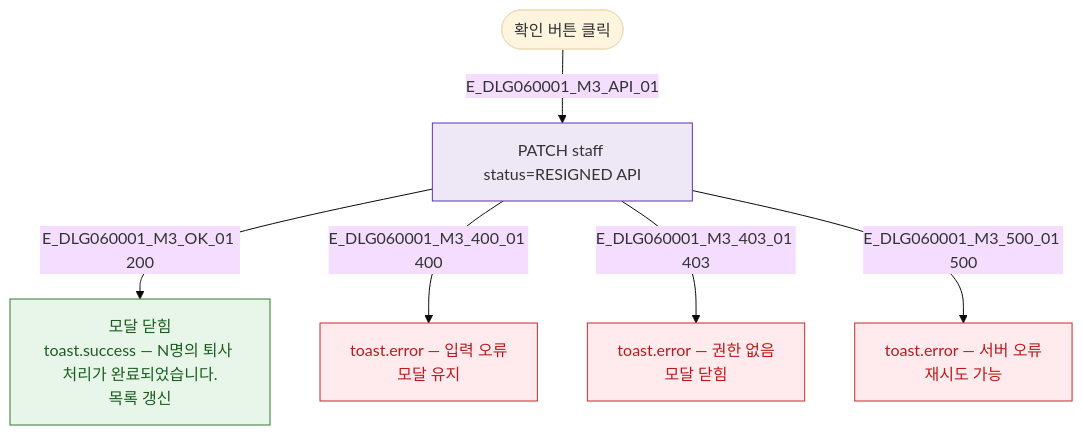
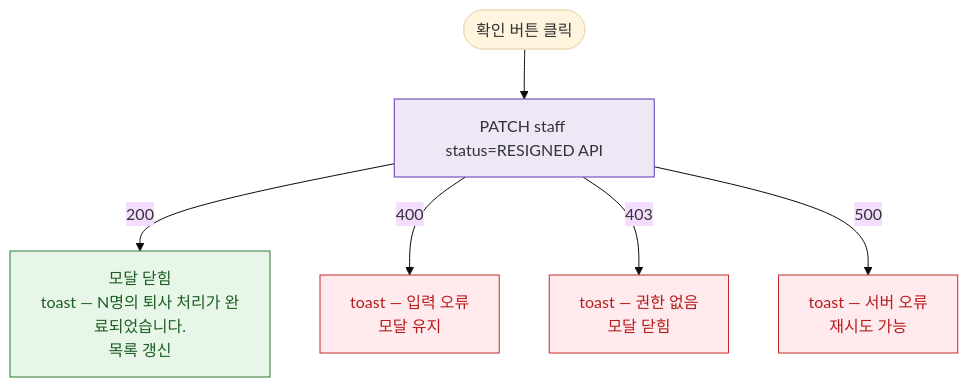
Before and after one commit to dev-spogym/admin-pando: the diagram in docs/다이어그램/D07_직원관리/DLG/DLG-060-001/M3_결과분기.md, drawn with Mermaid (base theme). The commit also changed other lines of this file and 1660 other files, not shown here.

First line of the commit message:
다이어그램: 기획자/클라이언트 납품본으로 정리

````diff
--- a/docs/다이어그램/D07_직원관리/DLG/DLG-060-001/M3_결과분기.md
+++ b/docs/다이어그램/D07_직원관리/DLG/DLG-060-001/M3_결과분기.md
@@ -14,18 +12,18 @@
 ```mermaid
 flowchart TD
   SUBMIT([확인 버튼 클릭])
-  SUBMIT -->|E_DLG060001_M3_API_01| API[PATCH staff status=RESIGNED API]
+  SUBMIT --> API[PATCH staff status=RESIGNED API]
 
-  API -->|E_DLG060001_M3_OK_01 200| SUCCESS[모달 닫힘\ntoast.success — N명의 퇴사 처리가 완료되었습니다.\n목록 갱신]
-  API -->|E_DLG060001_M3_400_01 400| ERR_400[toast.error — 입력 오류\n모달 유지]
-  API -->|E_DLG060001_M3_403_01 403| ERR_403[toast.error — 권한 없음\n모달 닫힘]
-  API -->|E_DLG060001_M3_500_01 500| ERR_500[toast.error — 서버 오류\n재시도 가능]
+  API -->|200|SUCCESS[모달 닫힘\ntoast — N명의 퇴사 처리가 완료되었습니다.\n목록 갱신]
+  API -->|400|ERR_400[toast — 입력 오류\n모달 유지]
+  API -->|403|ERR_403[toast — 권한 없음\n모달 닫힘]
+  API -->|500|ERR_500[toast — 서버 오류\n재시도 가능]
 
   classDef success fill:#E8F5E9,stroke:#2E7D32,color:#1B5E20
-  classDef error   fill:#FFEBEE,stroke:#C62828,color:#B71C1C
-  classDef system  fill:#EDE7F6,stroke:#5E35B2
+  classDef error fill:#FFEBEE,stroke:#C62828,color:#B71C1C
+  classDef system fill:#EDE7F6,stroke:#5E35B2
 
   class SUCCESS success
   class ERR_400,ERR_403,ERR_500 error
   class API system
 ```
````
